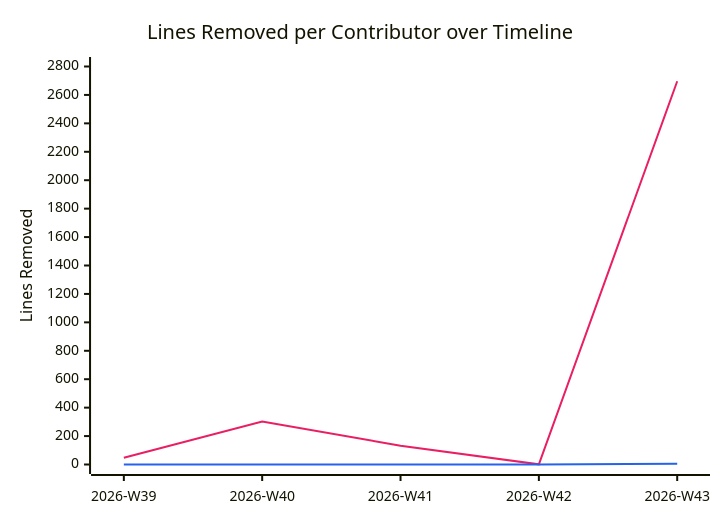
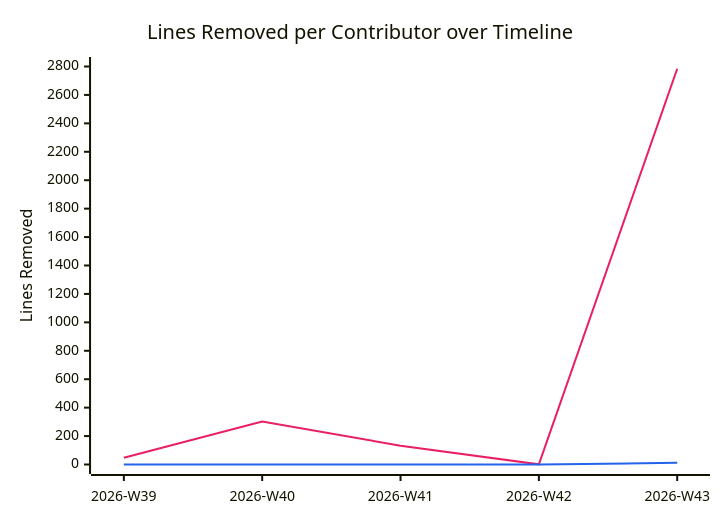
Before and after one commit to BeyondMagic/wisp: the diagram in documentation/snippets/management/code-deletions.mmd, drawn with Mermaid. The commit also changed 2 other files, not shown here.

```diff
--- a/documentation/snippets/management/code-deletions.mmd
+++ b/documentation/snippets/management/code-deletions.mmd
@@ -1,7 +1,7 @@
 %%{init: {"themeVariables": {"xyChart": {"plotColorPalette": "#e91e63, #2563eb"}}}}%%
 xychart-beta
     title "Lines Removed per Contributor over Timeline"
     x-axis ["2026-W39", "2026-W40", "2026-W41", "2026-W42", "2026-W43"]
     y-axis "Lines Removed" 0 --> 2800
-    line [48, 303, 132, 1, 2696]
-    line [0, 0, 0, 0, 5]
+    line [48, 303, 132, 1, 2784]
+    line [0, 0, 0, 0, 12]
```
